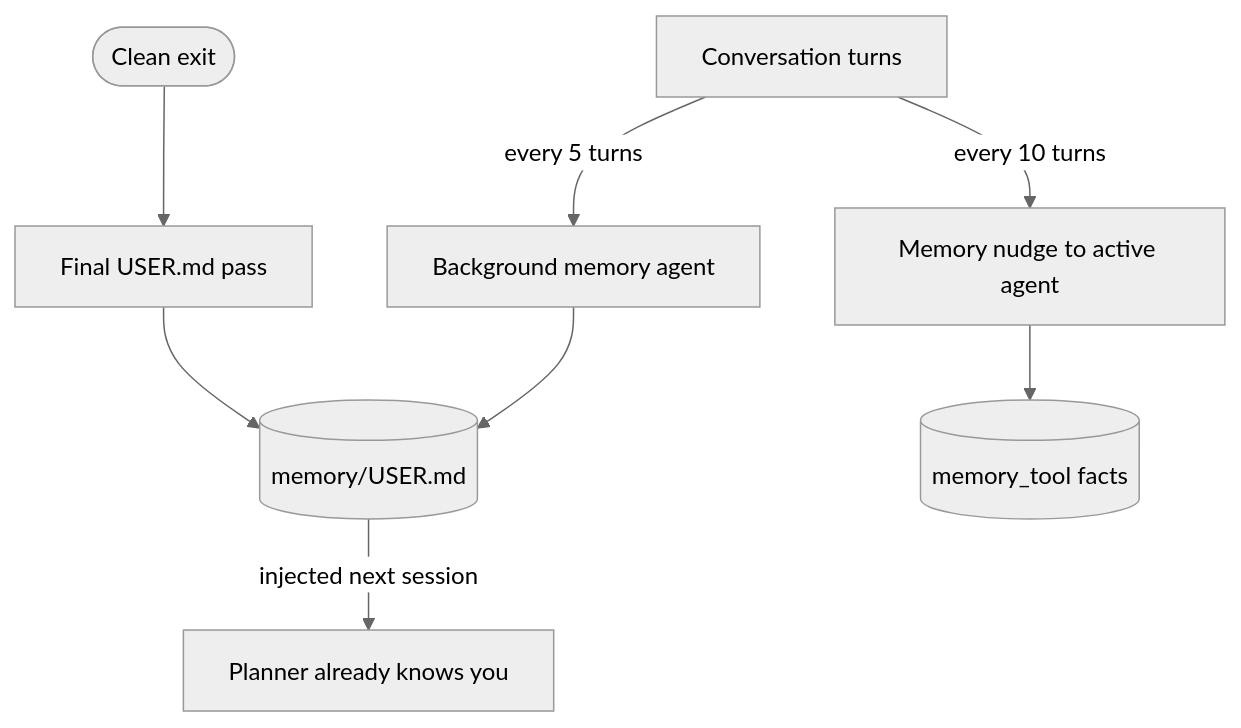
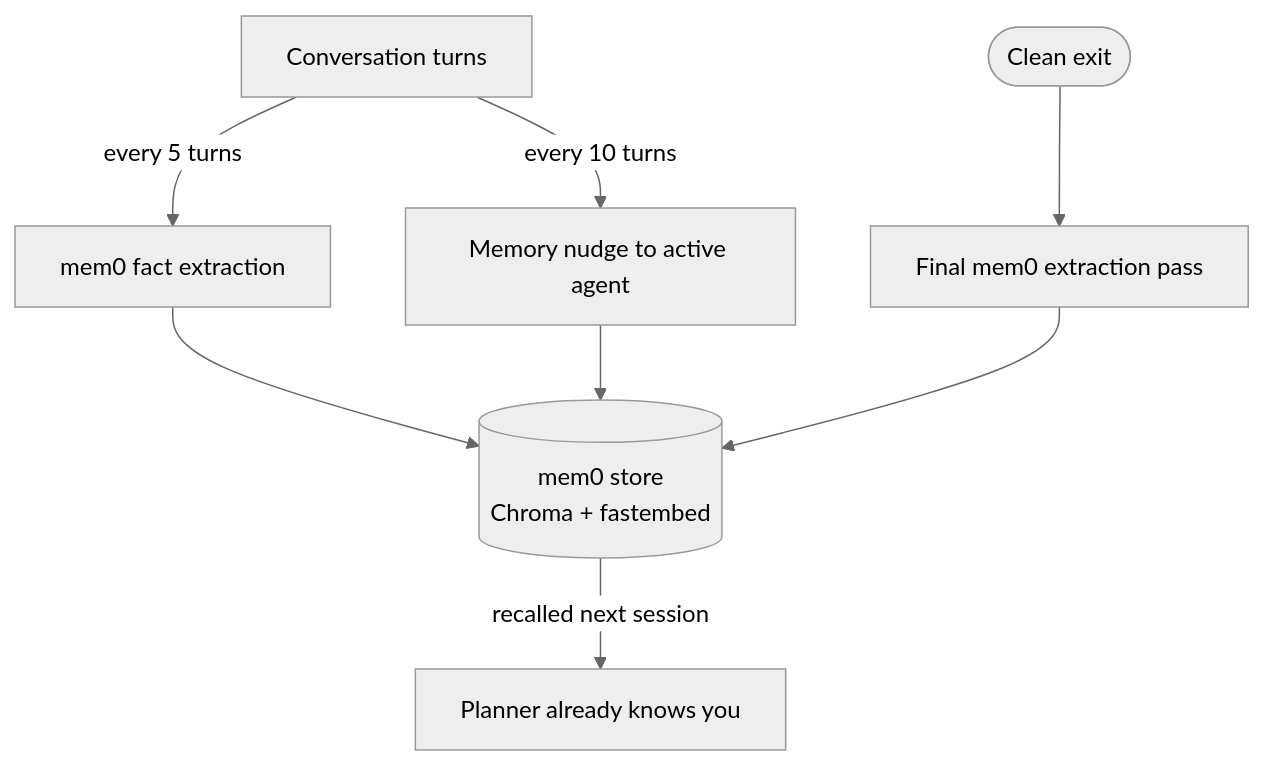
Before and after one commit to Arsh910/Anet: the third of 5 diagrams in architecture/README.md, drawn with Mermaid (neutral theme). The commit also changed other lines of this file and 15 other files, not shown here.

````diff
--- a/architecture/README.md
+++ b/architecture/README.md
@@ -94,10 +94,10 @@
 ```mermaid
 flowchart TD
-    T["Conversation turns"] -->|"every 5 turns"| BG["Background memory agent"]
+    T["Conversation turns"] -->|"every 5 turns"| BG["mem0 fact extraction"]
     T -->|"every 10 turns"| NUDGE["Memory nudge to active agent"]
-    EXIT(["Clean exit"]) --> FINAL["Final USER.md pass"]
-    BG --> U[("memory/USER.md")]
-    NUDGE --> M[("memory_tool facts")]
-    FINAL --> U
-    U -->|"injected next session"| PLAN["Planner already knows you"]
+    EXIT(["Clean exit"]) --> FINAL["Final mem0 extraction pass"]
+    BG --> M[("mem0 store<br/>Chroma + fastembed")]
+    NUDGE --> M
+    FINAL --> M
+    M -->|"recalled next session"| PLAN["Planner already knows you"]
 ```
````
